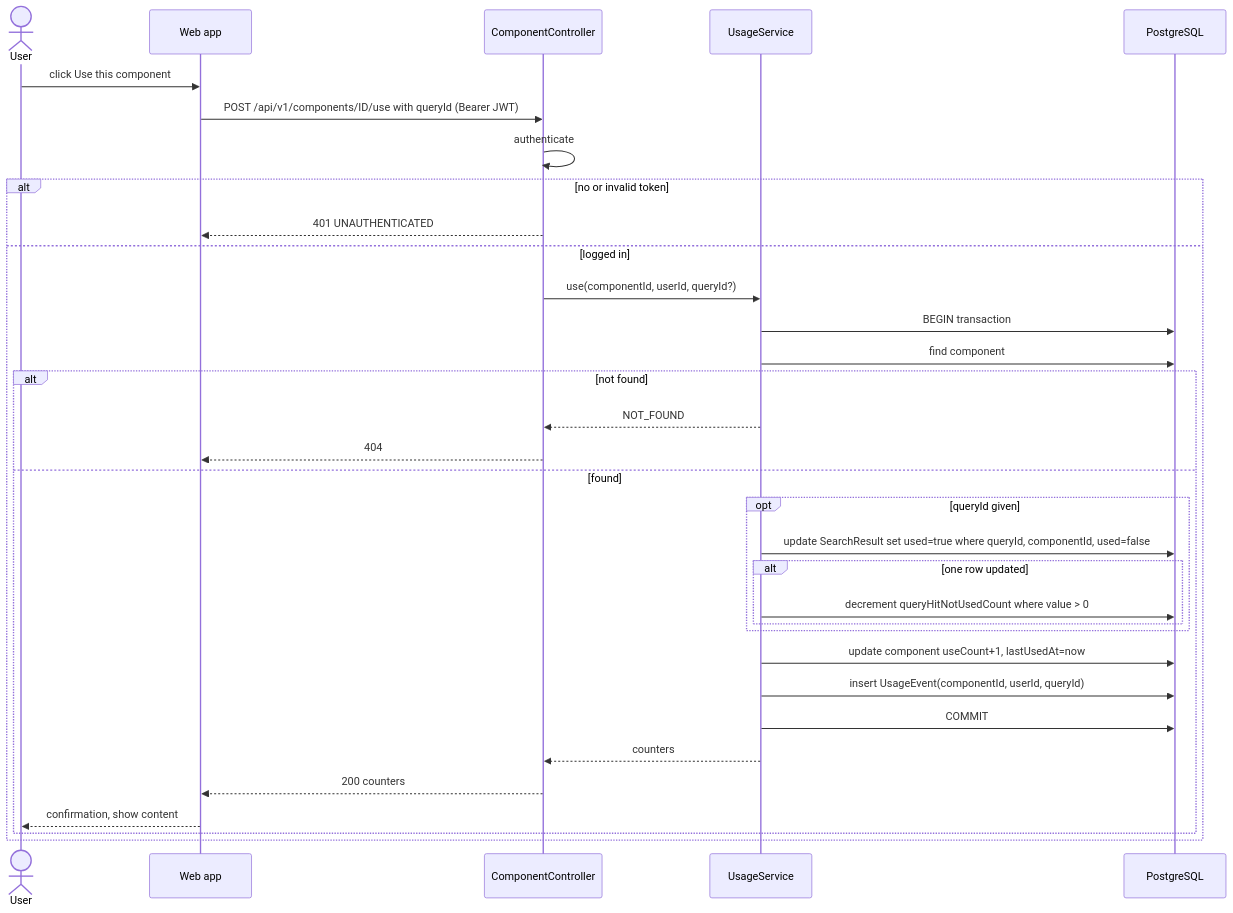
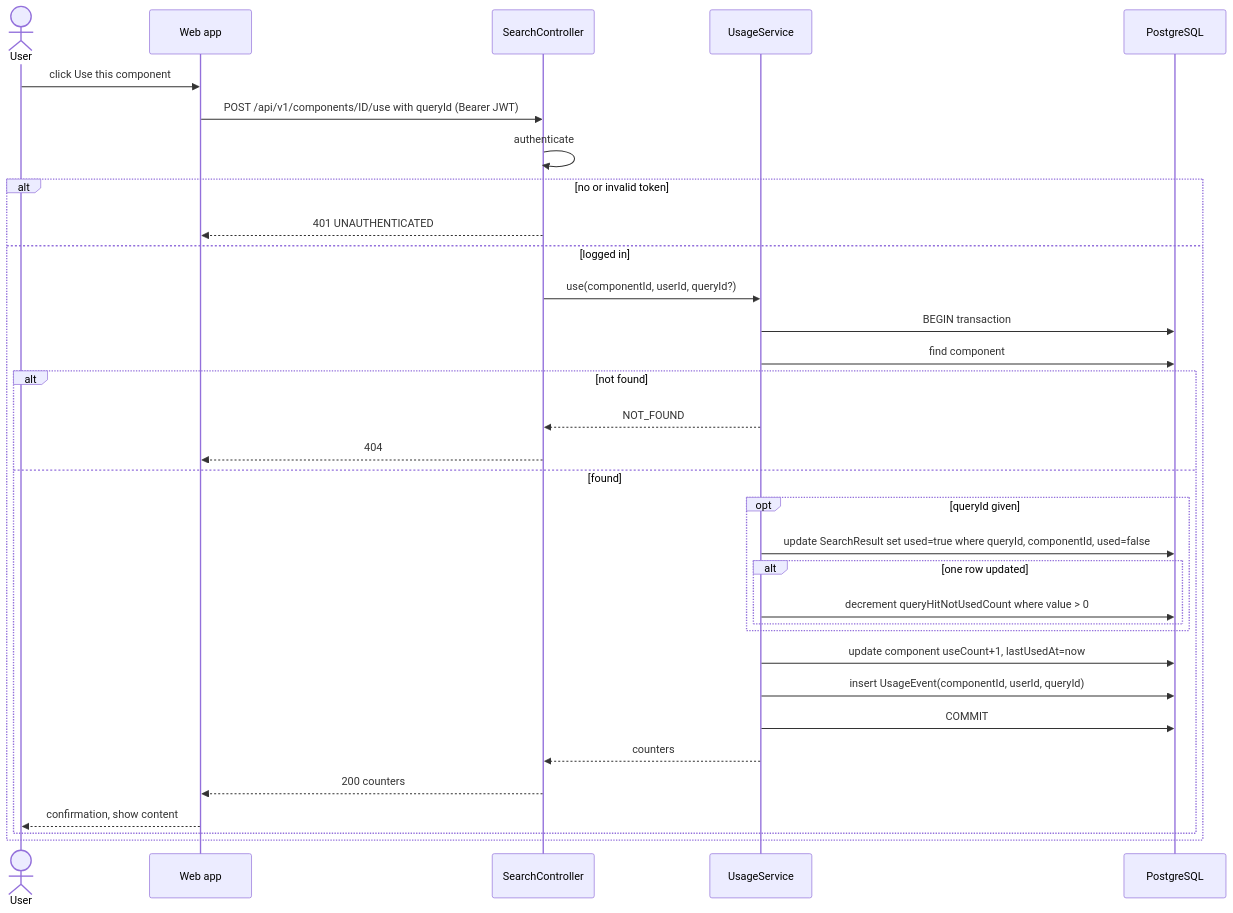
The fifth of 9 diagrams in docs/04-design.md (YashIIT0909/SWE_LAB_Assignment), drawn with Mermaid before and after one commit. The commit also changed other lines of this file and 8 other files, not shown here.

First line of the commit message:
Update the use case and design docs for the new UML diagrams

````diff
--- a/docs/04-design.md
+++ b/docs/04-design.md
@@ -377,36 +278,36 @@
 ```mermaid
 sequenceDiagram
     actor U as User
     participant W as Web app
-    participant API as ComponentController
+    participant API as SearchController
     participant S as UsageService
     participant DB as PostgreSQL
 
     U->>W: click Use this component
     W->>API: POST /api/v1/components/ID/use with queryId (Bearer JWT)
     API->>API: authenticate
     alt no or invalid token
         API-->>W: 401 UNAUTHENTICATED
     else logged in
         API->>S: use(componentId, userId, queryId?)
         S->>DB: BEGIN transaction
         S->>DB: find component
         alt not found
             S-->>API: NOT_FOUND
             API-->>W: 404
         else found
             opt queryId given
                 S->>DB: update SearchResult set used=true where queryId, componentId, used=false
                 alt one row updated
                     S->>DB: decrement queryHitNotUsedCount where value > 0
                 end
             end
             S->>DB: update component useCount+1, lastUsedAt=now
             S->>DB: insert UsageEvent(componentId, userId, queryId)
             S->>DB: COMMIT
             S-->>API: counters
             API-->>W: 200 counters
             W-->>U: confirmation, show content
         end
     end
 ```
````
